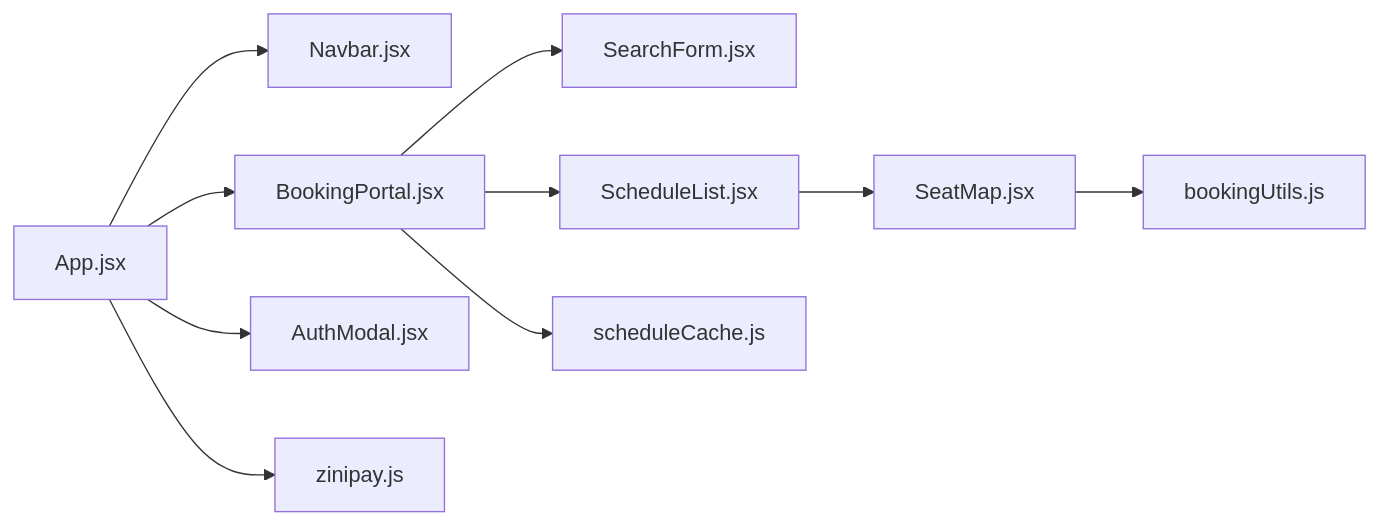
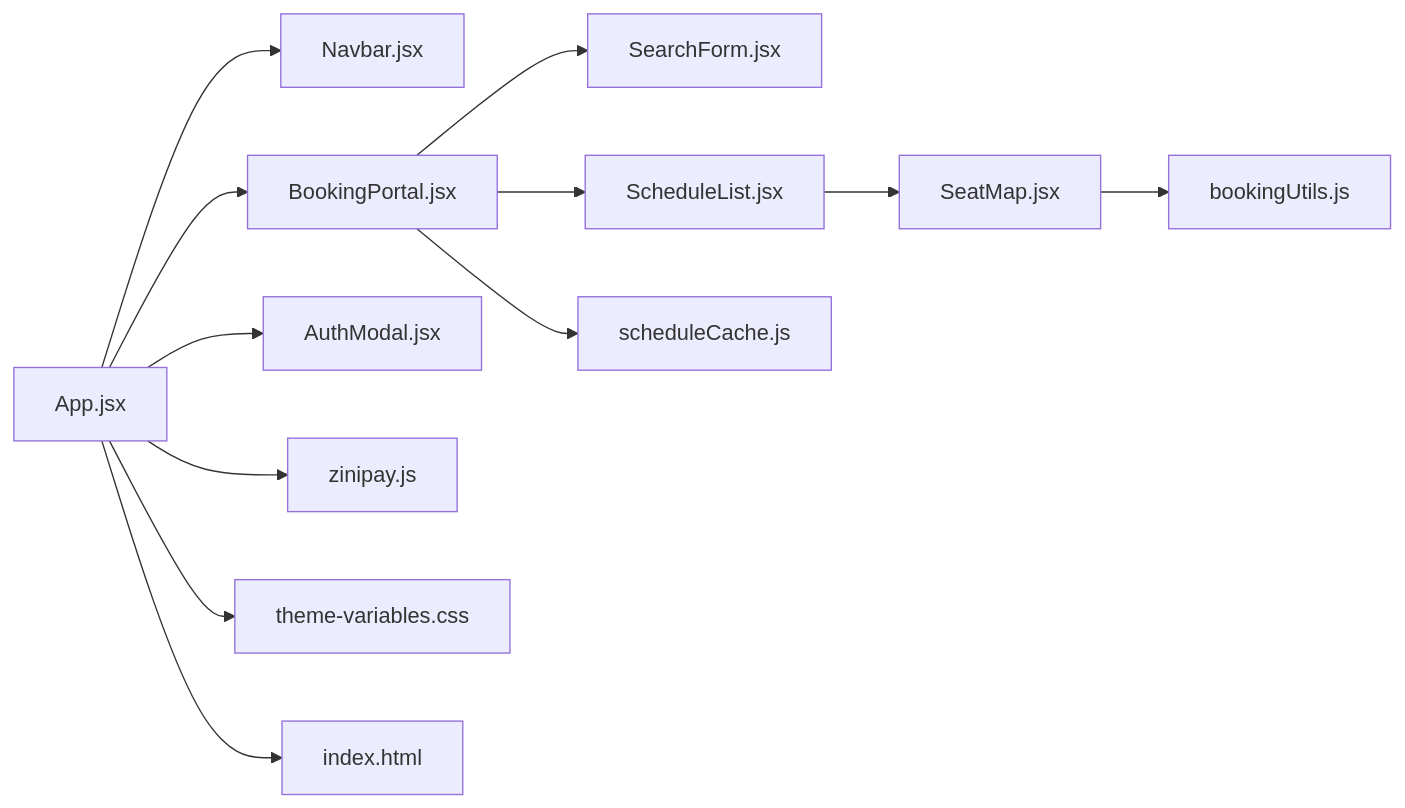
One commit to mahbub095/bus-app changed the eighth of 8 diagrams in .qoder/repowiki/en/content/System Architecture/Frontend Architecture/Frontend Architecture.md. Above: the diagram before and after it, drawn with Mermaid. The commit also changed other lines of this file and 115 other files, not shown here.

````diff
--- a/.qoder/repowiki/en/content/System Architecture/Frontend Architecture/Frontend Architecture.md
+++ b/.qoder/repowiki/en/content/System Architecture/Frontend Architecture/Frontend Architecture.md
@@ -414,12 +461,14 @@
 ```mermaid
 graph LR
 App["App.jsx"] --> Navbar["Navbar.jsx"]
 App --> BookingPortal["BookingPortal.jsx"]
 App --> AuthModal["AuthModal.jsx"]
 BookingPortal --> SearchForm["SearchForm.jsx"]
 BookingPortal --> ScheduleList["ScheduleList.jsx"]
 ScheduleList --> SeatMap["SeatMap.jsx"]
 SeatMap --> Utils["bookingUtils.js"]
 BookingPortal --> Cache["scheduleCache.js"]
 App --> ZP["zinipay.js"]
+App --> Theme["theme-variables.css"]
+App --> HTML["index.html"]
 ```
````
